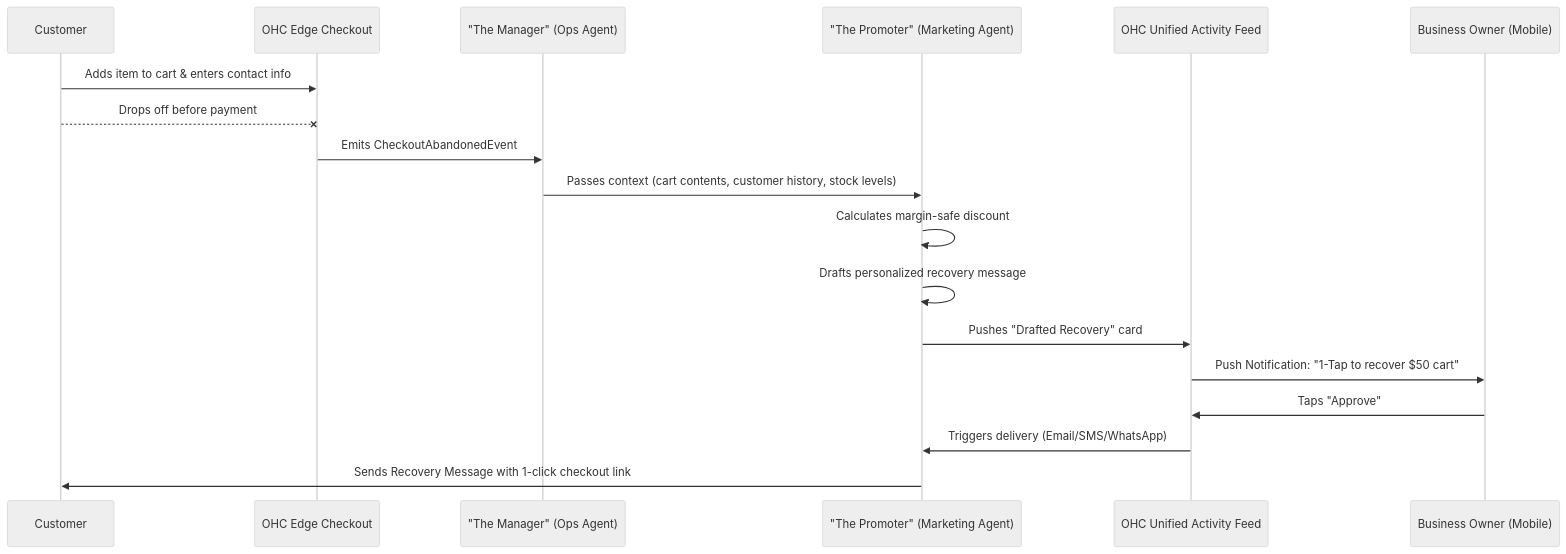
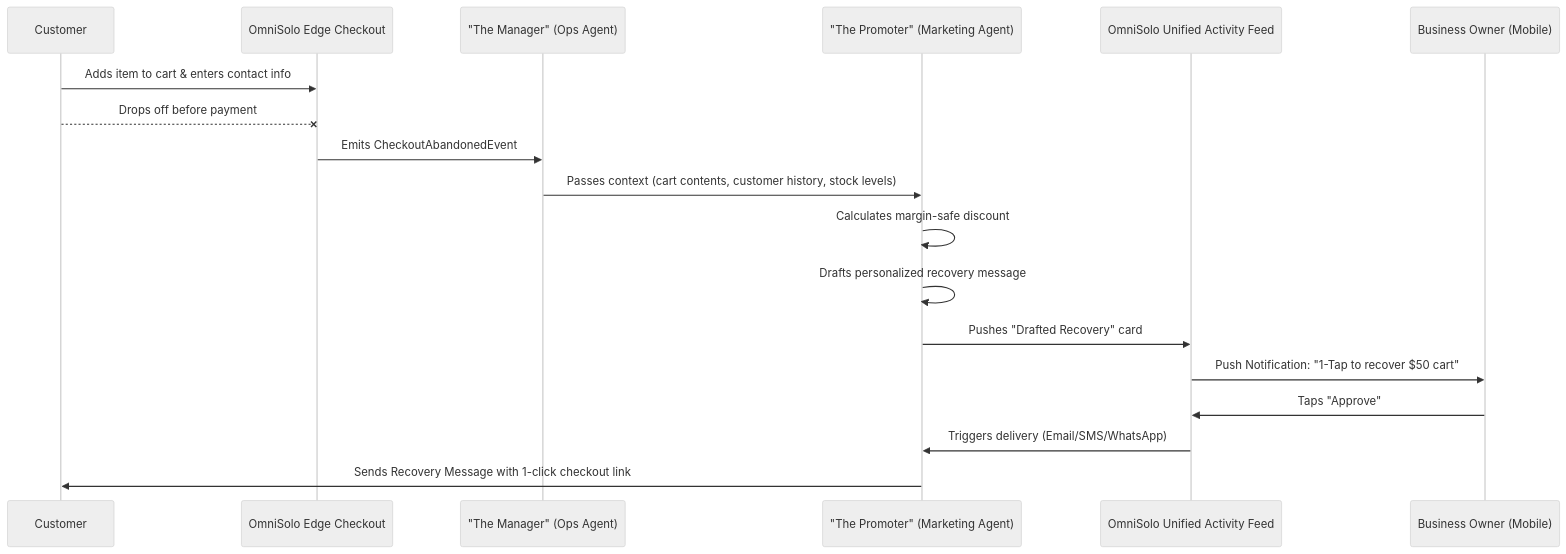
The first of 2 diagrams in docs/research/[architecture]_zero_click_abandoned_cart_recovery.md (omnisolo-llc/onehumancorp), drawn with Mermaid (neutral theme) before and after one commit. The commit also changed other lines of this file and 2191 other files, not shown here.

Commit message:
feat: complete OmniSolo rename and browser audit

````diff
--- a/docs/research/[architecture]_zero_click_abandoned_cart_recovery.md
+++ b/docs/research/[architecture]_zero_click_abandoned_cart_recovery.md
@@ -23,21 +23,21 @@
 ```mermaid
 sequenceDiagram
     participant User as Customer
-    participant Checkout as OHC Edge Checkout
+    participant Checkout as OmniSolo Edge Checkout
     participant Manager as "The Manager" (Ops Agent)
     participant Promoter as "The Promoter" (Marketing Agent)
-    participant Feed as OHC Unified Activity Feed
+    participant Feed as OmniSolo Unified Activity Feed
     participant Owner as Business Owner (Mobile)
 
     User->>Checkout: Adds item to cart & enters contact info
     User--xCheckout: Drops off before payment
     Checkout->>Manager: Emits CheckoutAbandonedEvent
     Manager->>Promoter: Passes context (cart contents, customer history, stock levels)
     Promoter->>Promoter: Calculates margin-safe discount
     Promoter->>Promoter: Drafts personalized recovery message
     Promoter->>Feed: Pushes "Drafted Recovery" card
     Feed->>Owner: Push Notification: "1-Tap to recover $50 cart"
     Owner->>Feed: Taps "Approve"
     Feed->>Promoter: Triggers delivery (Email/SMS/WhatsApp)
     Promoter->>User: Sends Recovery Message with 1-click checkout link
 ```
````
